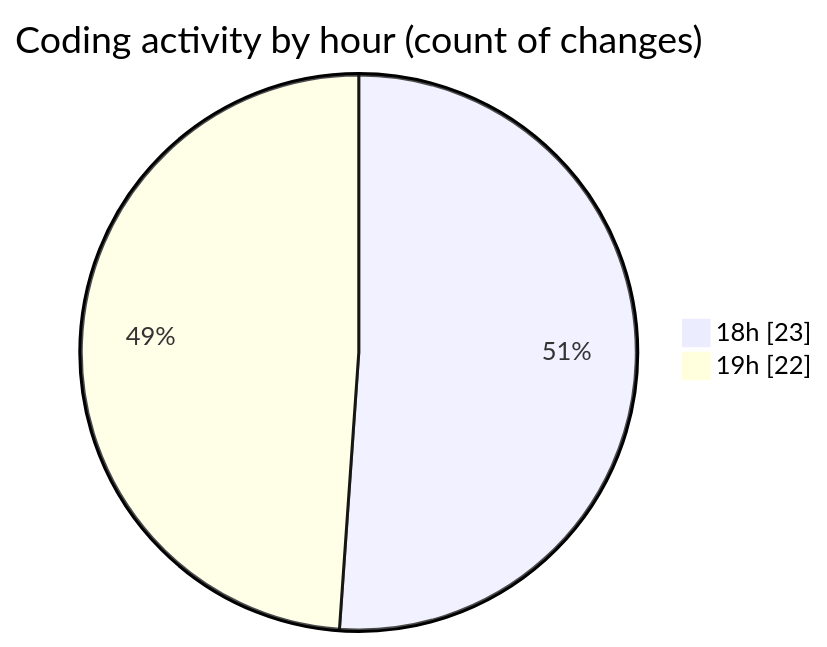
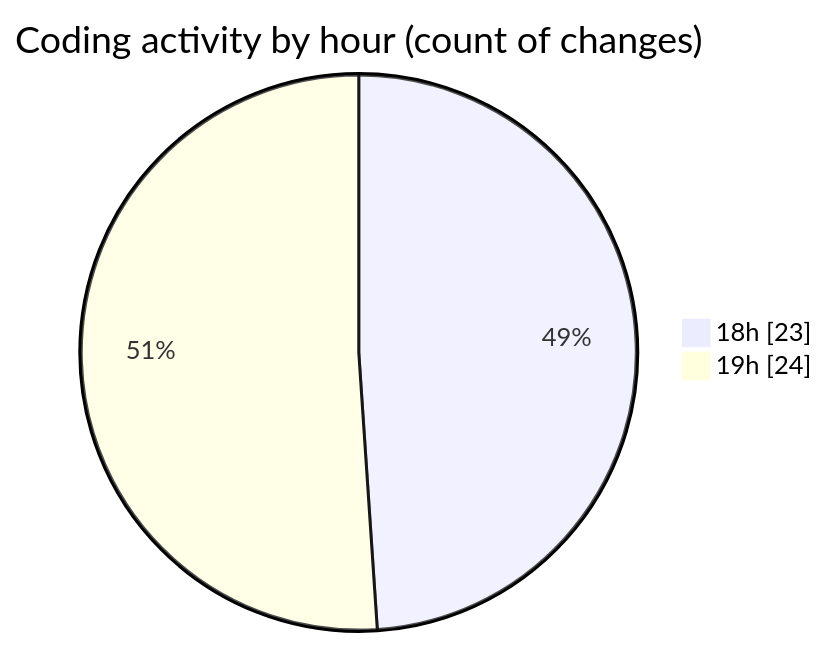
Before and after one commit to Netris89/code-tracking: the second of 2 diagrams in 2025-03-27/back-end/README.md, drawn with Mermaid. The commit also changed other lines of this file and 1 other file, not shown here.

````diff
--- a/2025-03-27/back-end/README.md
+++ b/2025-03-27/back-end/README.md
@@ -36,6 +36,6 @@
 ```mermaid
 pie showData
 title Coding activity by hour (count of changes)
 "18h" : 23
-"19h" : 22
+"19h" : 24
 ```
````
